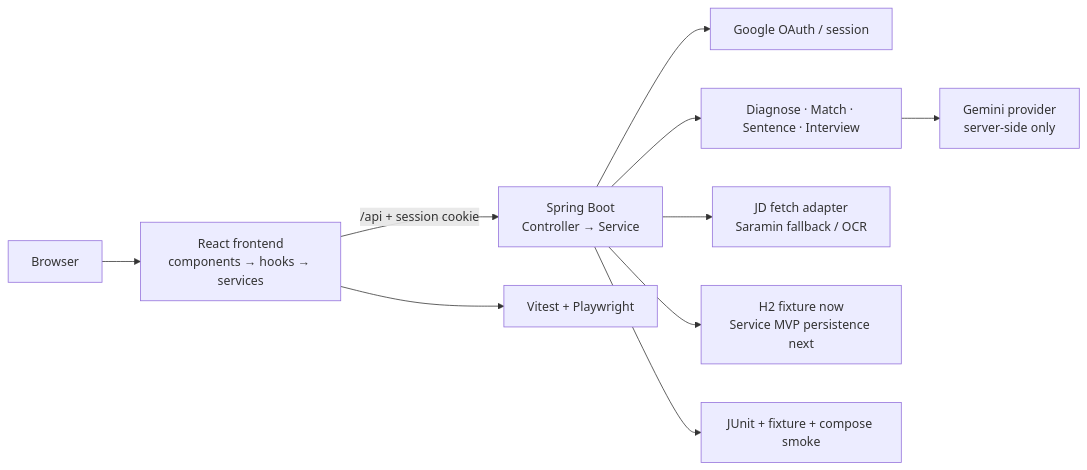
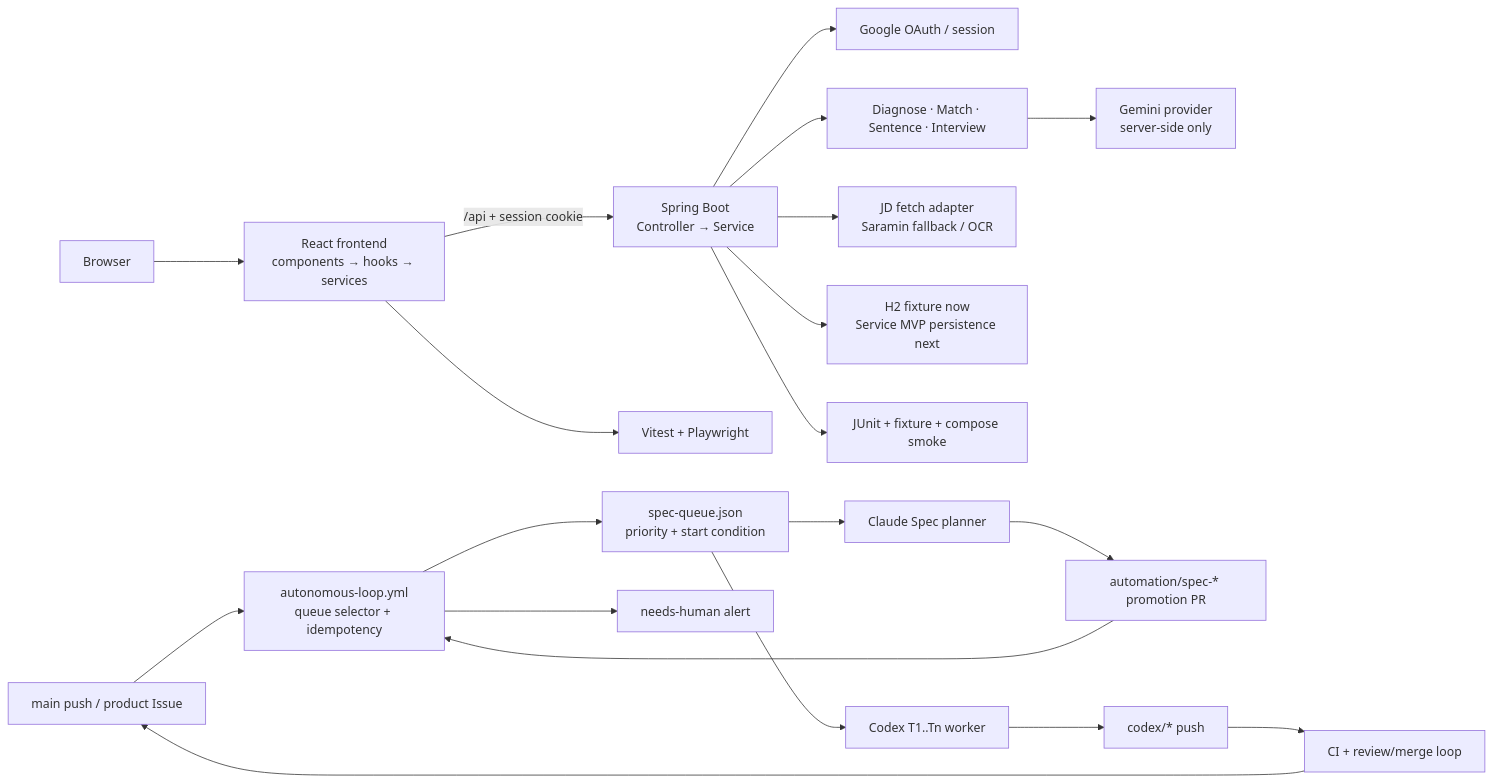
One commit to silverThunder09/jdsnack-agent-os-project changed the diagram in docs/architecture/system-overview.md. Above: the diagram before and after it, drawn with Mermaid. The commit also changed other lines of this file and 21 other files, not shown here.

Commit message:
feat(automation): add autonomous spec implementation loop

````diff
--- a/docs/architecture/system-overview.md
+++ b/docs/architecture/system-overview.md
@@ -20,12 +20,23 @@
 ```mermaid
 flowchart LR
   Browser["Browser"] --> Frontend["React frontend\ncomponents → hooks → services"]
   Frontend -->|"/api + session cookie"| Backend["Spring Boot\nController → Service"]
   Backend --> Auth["Google OAuth / session"]
   Backend --> Analysis["Diagnose · Match · Sentence · Interview"]
   Backend --> Jd["JD fetch adapter\nSaramin fallback / OCR"]
   Analysis --> Gemini["Gemini provider\nserver-side only"]
   Backend --> Store["H2 fixture now\nService MVP persistence next"]
   Backend --> Tests["JUnit + fixture + compose smoke"]
   Frontend --> UiTests["Vitest + Playwright"]
+
+  MainPush["main push / product Issue"] --> AutoLoop["autonomous-loop.yml\nqueue selector + idempotency"]
+  AutoLoop --> Queue["spec-queue.json\npriority + start condition"]
+  Queue --> SpecPlanner["Claude Spec planner"]
+  SpecPlanner --> SpecPR["automation/spec-* promotion PR"]
+  SpecPR --> AutoLoop
+  Queue --> Codex["Codex T1..Tn worker"]
+  Codex --> Branch["codex/* push"]
+  Branch --> Review["CI + review/merge loop"]
+  Review --> MainPush
+  AutoLoop --> Human["needs-human alert"]
 ```
````
